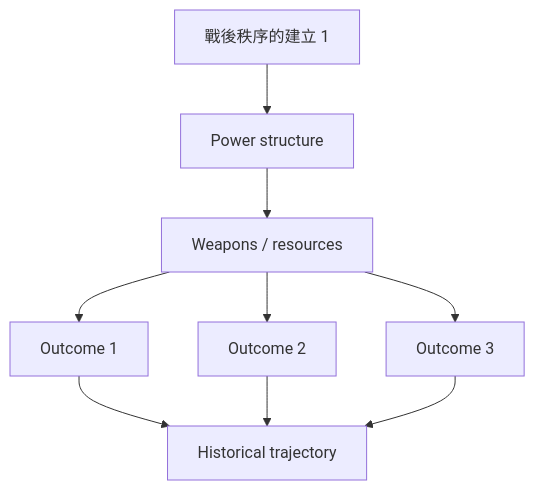
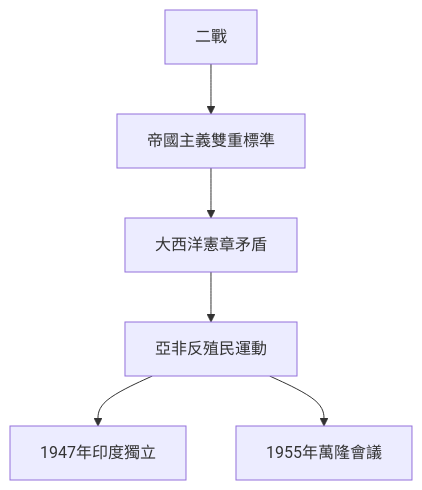
The fourth of 10 diagrams in 02_Harvard_Courses/Fall_Courses/Hist1942_The_Second_World_War.md (yip-lgtm/HKU-Harvard-History-Self-Study), drawn with Mermaid before and after one commit. The commit also changed other lines of this file and 65 other files, not shown here.

````diff
--- a/02_Harvard_Courses/Fall_Courses/Hist1942_The_Second_World_War.md
+++ b/02_Harvard_Courses/Fall_Courses/Hist1942_The_Second_World_War.md
@@ -228,11 +212,8 @@
 ```mermaid
 graph TD
-    A[戰後秩序的建立 1] --> B[Power structure]
-    B --> C[Weapons / resources]
-    C --> D[Outcome 1]
-    C --> E[Outcome 2]
-    C --> F[Outcome 3]
-    D --> G[Historical trajectory]
-    E --> G
-    F --> G
+    A[二戰] --> B[帝國主義雙重標準]
+    B --> C[大西洋憲章矛盾]
+    C --> D[亞非反殖民運動]
+    D --> E[1947年印度獨立]
+    D --> F[1955年萬隆會議]
 ```
````
